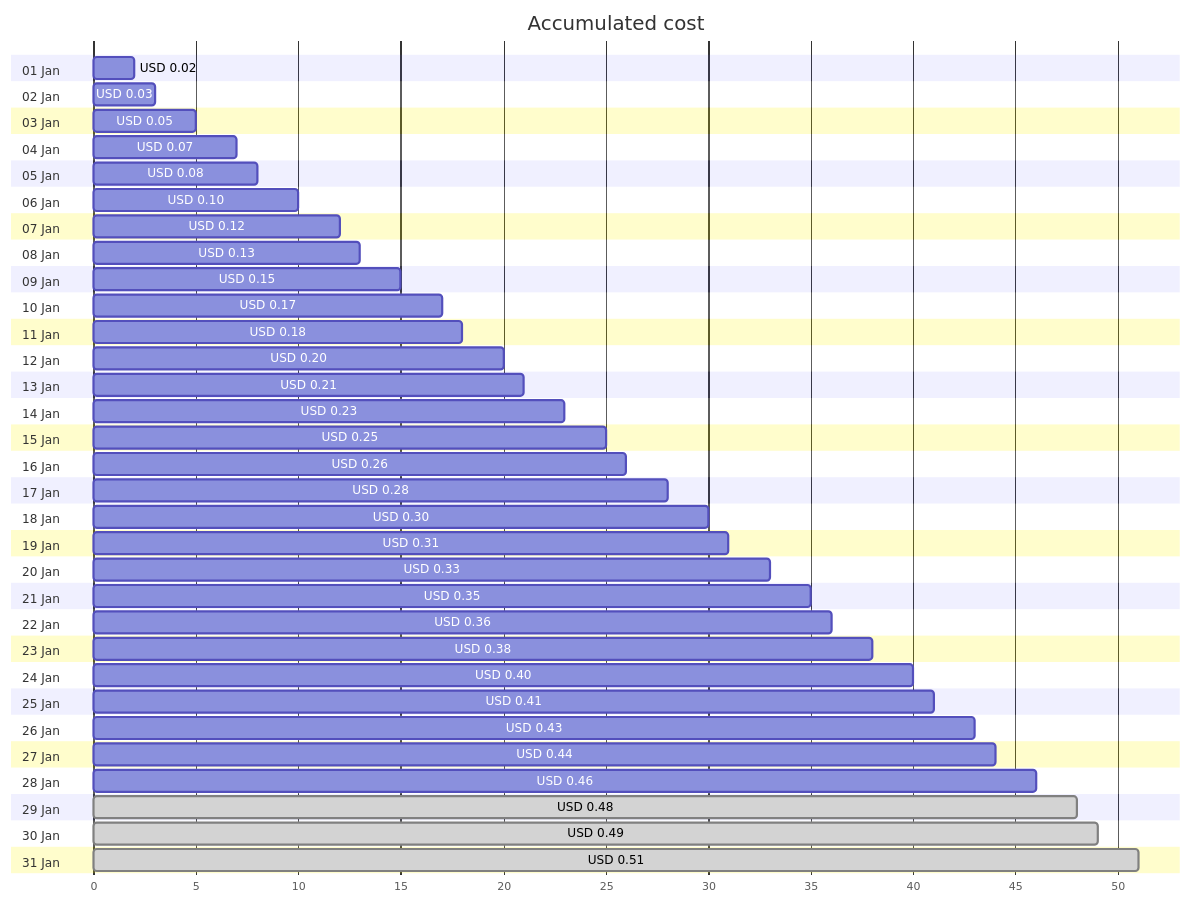
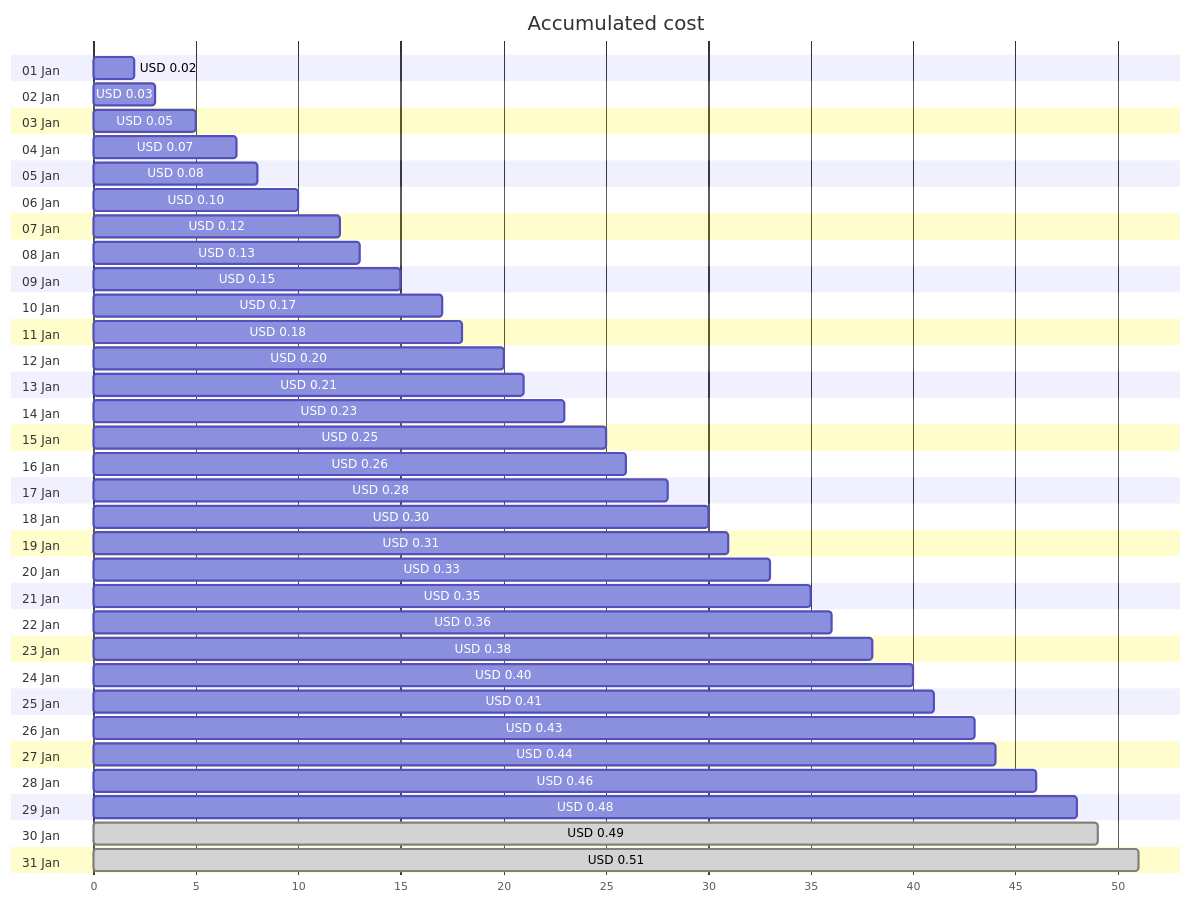
Before and after one commit to jpfulton/azure-personal-reports: the first of 4 diagrams in cost-reports/personal-dns/jpatrickfulton.dev.md, drawn with Mermaid. The commit also changed other lines of this file and 2 other files, not shown here.

````diff
--- a/cost-reports/personal-dns/jpatrickfulton.dev.md
+++ b/cost-reports/personal-dns/jpatrickfulton.dev.md
@@ -20,68 +20,68 @@
 ```mermaid
 gantt
    title Accumulated cost
    dateFormat  X
    axisFormat %s
    section 01 Jan
    USD 0.02 :0, 2
    section 02 Jan
    USD 0.03 :0, 3
    section 03 Jan
    USD 0.05 :0, 5
    section 04 Jan
    USD 0.07 :0, 7
    section 05 Jan
    USD 0.08 :0, 8
    section 06 Jan
    USD 0.10 :0, 10
    section 07 Jan
    USD 0.12 :0, 12
    section 08 Jan
    USD 0.13 :0, 13
    section 09 Jan
    USD 0.15 :0, 15
    section 10 Jan
    USD 0.17 :0, 17
    section 11 Jan
    USD 0.18 :0, 18
    section 12 Jan
    USD 0.20 :0, 20
    section 13 Jan
    USD 0.21 :0, 21
    section 14 Jan
    USD 0.23 :0, 23
    section 15 Jan
    USD 0.25 :0, 25
    section 16 Jan
    USD 0.26 :0, 26
    section 17 Jan
    USD 0.28 :0, 28
    section 18 Jan
    USD 0.30 :0, 30
    section 19 Jan
    USD 0.31 :0, 31
    section 20 Jan
    USD 0.33 :0, 33
    section 21 Jan
    USD 0.35 :0, 35
    section 22 Jan
    USD 0.36 :0, 36
    section 23 Jan
    USD 0.38 :0, 38
    section 24 Jan
    USD 0.40 :0, 40
    section 25 Jan
    USD 0.41 :0, 41
    section 26 Jan
    USD 0.43 :0, 43
    section 27 Jan
    USD 0.44 :0, 44
    section 28 Jan
    USD 0.46 :0, 46
    section 29 Jan
-   USD 0.48 : done, 0, 48
+   USD 0.48 :0, 48
    section 30 Jan
    USD 0.49 : done, 0, 49
    section 31 Jan
    USD 0.51 : done, 0, 51
 ```
````
